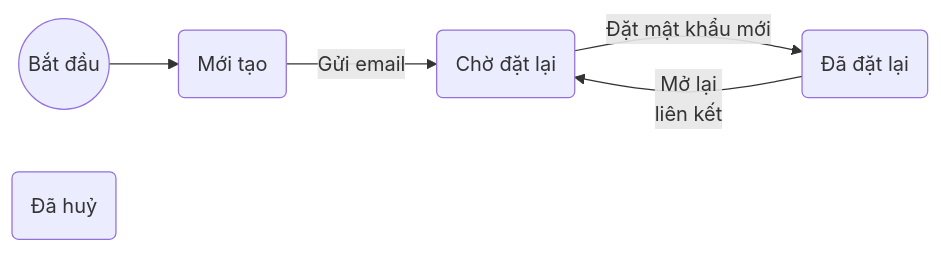
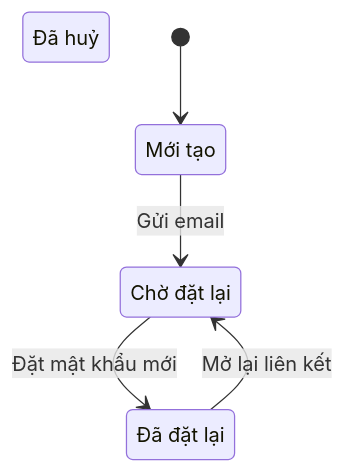
One commit to buidhui/po_workflow changed the diagram in engine/tests/fixtures/prd-standard/inception/prd/prd.md. Above: the diagram before and after it, drawn with Mermaid. The commit also changed other lines of this file and 61 other files, not shown here.

````diff
--- a/engine/tests/fixtures/prd-standard/inception/prd/prd.md
+++ b/engine/tests/fixtures/prd-standard/inception/prd/prd.md
@@ -44,8 +44,11 @@
 ```mermaid
-flowchart LR
-    BD(("Bắt đầu")) --> MOI("Mới tạo")
-    MOI -->|Gửi email| CHO("Chờ đặt lại")
-    CHO -->|Đặt mật khẩu mới| XONG("Đã đặt lại")
-    XONG -->|Mở lại<br/>liên kết| CHO
-    HUY("Đã huỷ")
+stateDiagram-v2
+    state "Mới tạo" as MOI
+    state "Chờ đặt lại" as CHO
+    state "Đã đặt lại" as XONG
+    state "Đã huỷ" as HUY
+    [*] --> MOI
+    MOI --> CHO : Gửi email
+    CHO --> XONG : Đặt mật khẩu mới
+    XONG --> CHO : Mở lại liên kết
 ```
````
